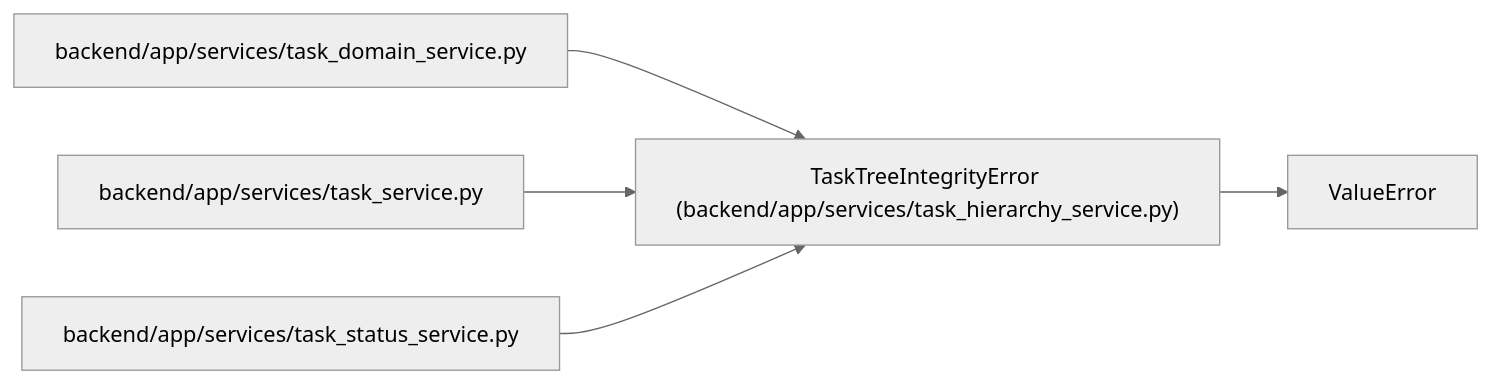
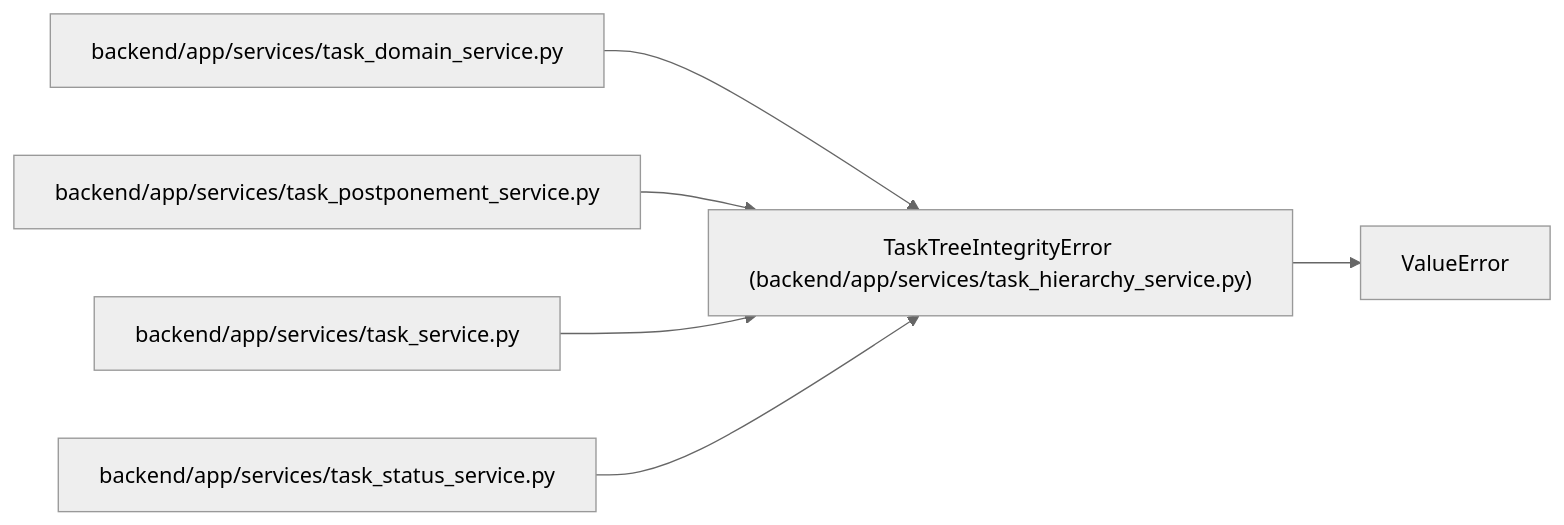
Before and after one commit to Denissvgn/WorkChord: the diagram in docs/llm_wiki/entities/TaskTreeIntegrityError.md, drawn with Mermaid (neutral theme). The commit also changed other lines of this file and 732 other files, not shown here.

Commit message:
Sync the architectural wiki for the postponed task status

````diff
--- a/docs/llm_wiki/entities/TaskTreeIntegrityError.md
+++ b/docs/llm_wiki/entities/TaskTreeIntegrityError.md
@@ -23,16 +23,19 @@
 ```mermaid
 flowchart LR
     n0["TaskTreeIntegrityError (backend/app/services/task_hierarchy_service.py)"]
     n1["ValueError"]
     n2["backend/app/services/task_domain_service.py"]
-    n3["backend/app/services/task_service.py"]
-    n4["backend/app/services/task_status_service.py"]
+    n3["backend/app/services/task_postponement_service.py"]
+    n4["backend/app/services/task_service.py"]
+    n5["backend/app/services/task_status_service.py"]
     n0 --> n1
     n2 --> n0
     n3 --> n0
     n4 --> n0
+    n5 --> n0
     click n0 "../modules/task_hierarchy_service.md"
     click n2 "../modules/task_domain_service.md"
-    click n3 "../modules/task_service.md"
-    click n4 "../modules/task_status_service.md"
+    click n3 "../modules/task_postponement_service.md"
+    click n4 "../modules/task_service.md"
+    click n5 "../modules/task_status_service.md"
 ```
````
